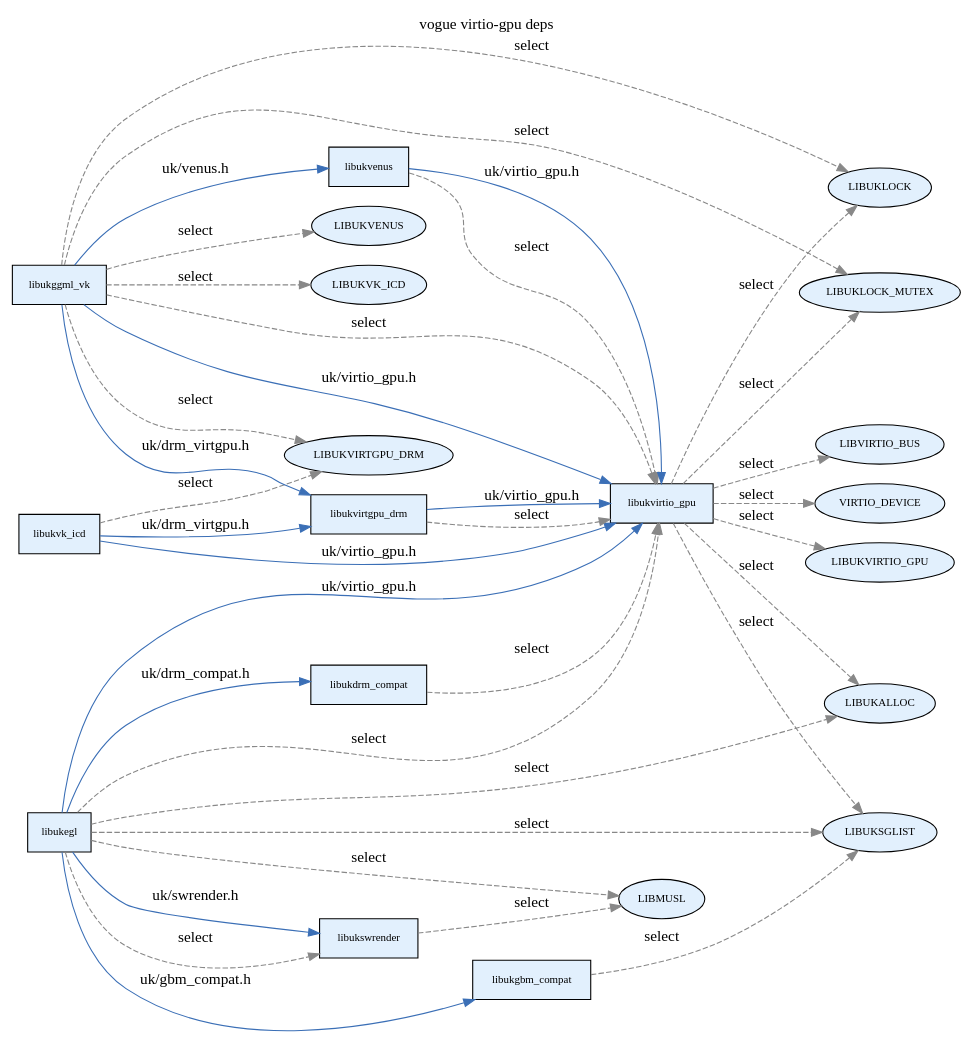
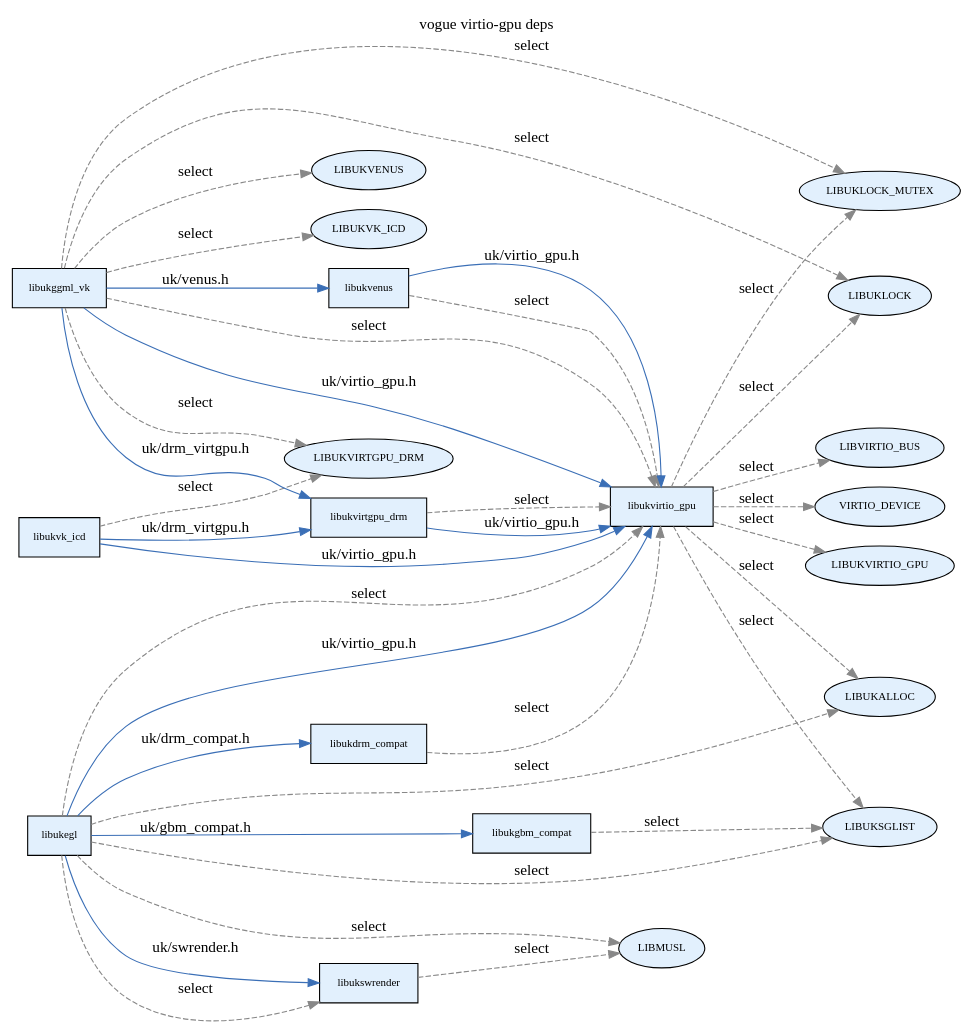
One commit to vm-final-project/virtio-gpu changed the diagram in results/depgraph/vogue.dot. Above: the diagram before and after it, drawn with Graphviz. The commit also changed other lines of this file and 8 other files, not shown here.

```diff
--- a/results/depgraph/vogue.dot
+++ b/results/depgraph/vogue.dot
@@ -1,60 +1,60 @@
 digraph "vogue virtio-gpu deps" {
   rankdir=LR;
   node [fontsize=10];
   label="vogue virtio-gpu deps"; labelloc=t; fontsize=14;
+  "vogue:ext:LIBUKALLOC" [label="LIBUKALLOC",shape=ellipse,style=filled,fillcolor="#e2f0fd"];
+  "vogue:ext:LIBUKVIRTGPU_DRM" [label="LIBUKVIRTGPU_DRM",shape=ellipse,style=filled,fillcolor="#e2f0fd"];
+  "vogue:libukegl" [label="libukegl",shape=box,style=filled,fillcolor="#e2f0fd"];
   "vogue:libukvirtio_gpu" [label="libukvirtio_gpu",shape=box,style=filled,fillcolor="#e2f0fd"];
+  "vogue:ext:LIBUKLOCK" [label="LIBUKLOCK",shape=ellipse,style=filled,fillcolor="#e2f0fd"];
+  "vogue:libukgbm_compat" [label="libukgbm_compat",shape=box,style=filled,fillcolor="#e2f0fd"];
+  "vogue:ext:LIBVIRTIO_BUS" [label="LIBVIRTIO_BUS",shape=ellipse,style=filled,fillcolor="#e2f0fd"];
+  "vogue:libukvirtgpu_drm" [label="libukvirtgpu_drm",shape=box,style=filled,fillcolor="#e2f0fd"];
+  "vogue:ext:VIRTIO_DEVICE" [label="VIRTIO_DEVICE",shape=ellipse,style=filled,fillcolor="#e2f0fd"];
+  "vogue:libukvk_icd" [label="libukvk_icd",shape=box,style=filled,fillcolor="#e2f0fd"];
+  "vogue:libukvenus" [label="libukvenus",shape=box,style=filled,fillcolor="#e2f0fd"];
+  "vogue:ext:LIBUKSGLIST" [label="LIBUKSGLIST",shape=ellipse,style=filled,fillcolor="#e2f0fd"];
   "vogue:ext:LIBMUSL" [label="LIBMUSL",shape=ellipse,style=filled,fillcolor="#e2f0fd"];
-  "vogue:libukgbm_compat" [label="libukgbm_compat",shape=box,style=filled,fillcolor="#e2f0fd"];
+  "vogue:ext:LIBUKVENUS" [label="LIBUKVENUS",shape=ellipse,style=filled,fillcolor="#e2f0fd"];
+  "vogue:ext:LIBUKVIRTIO_GPU" [label="LIBUKVIRTIO_GPU",shape=ellipse,style=filled,fillcolor="#e2f0fd"];
+  "vogue:libukswrender" [label="libukswrender",shape=box,style=filled,fillcolor="#e2f0fd"];
+  "vogue:libukggml_vk" [label="libukggml_vk",shape=box,style=filled,fillcolor="#e2f0fd"];
   "vogue:libukdrm_compat" [label="libukdrm_compat",shape=box,style=filled,fillcolor="#e2f0fd"];
-  "vogue:libukvk_icd" [label="libukvk_icd",shape=box,style=filled,fillcolor="#e2f0fd"];
-  "vogue:libukvirtgpu_drm" [label="libukvirtgpu_drm",shape=box,style=filled,fillcolor="#e2f0fd"];
-  "vogue:ext:LIBUKVENUS" [label="LIBUKVENUS",shape=ellipse,style=filled,fillcolor="#e2f0fd"];
-  "vogue:libukvenus" [label="libukvenus",shape=box,style=filled,fillcolor="#e2f0fd"];
+  "vogue:ext:LIBUKVK_ICD" [label="LIBUKVK_ICD",shape=ellipse,style=filled,fillcolor="#e2f0fd"];
   "vogue:ext:LIBUKLOCK_MUTEX" [label="LIBUKLOCK_MUTEX",shape=ellipse,style=filled,fillcolor="#e2f0fd"];
-  "vogue:ext:LIBUKLOCK" [label="LIBUKLOCK",shape=ellipse,style=filled,fillcolor="#e2f0fd"];
-  "vogue:libukggml_vk" [label="libukggml_vk",shape=box,style=filled,fillcolor="#e2f0fd"];
-  "vogue:ext:LIBUKSGLIST" [label="LIBUKSGLIST",shape=ellipse,style=filled,fillcolor="#e2f0fd"];
-  "vogue:libukegl" [label="libukegl",shape=box,style=filled,fillcolor="#e2f0fd"];
-  "vogue:ext:LIBUKALLOC" [label="LIBUKALLOC",shape=ellipse,style=filled,fillcolor="#e2f0fd"];
-  "vogue:ext:LIBUKVIRTIO_GPU" [label="LIBUKVIRTIO_GPU",shape=ellipse,style=filled,fillcolor="#e2f0fd"];
-  "vogue:ext:LIBUKVK_ICD" [label="LIBUKVK_ICD",shape=ellipse,style=filled,fillcolor="#e2f0fd"];
-  "vogue:ext:LIBUKVIRTGPU_DRM" [label="LIBUKVIRTGPU_DRM",shape=ellipse,style=filled,fillcolor="#e2f0fd"];
-  "vogue:libukswrender" [label="libukswrender",shape=box,style=filled,fillcolor="#e2f0fd"];
-  "vogue:ext:LIBVIRTIO_BUS" [label="LIBVIRTIO_BUS",shape=ellipse,style=filled,fillcolor="#e2f0fd"];
-  "vogue:ext:VIRTIO_DEVICE" [label="VIRTIO_DEVICE",shape=ellipse,style=filled,fillcolor="#e2f0fd"];
   "vogue:libukdrm_compat" -> "vogue:libukvirtio_gpu" [style=dashed,color="#888888",label="select"];
   "vogue:libukegl" -> "vogue:libukvirtio_gpu" [style=dashed,color="#888888",label="select"];
   "vogue:libukegl" -> "vogue:ext:LIBUKSGLIST" [style=dashed,color="#888888",label="select"];
   "vogue:libukegl" -> "vogue:ext:LIBUKALLOC" [style=dashed,color="#888888",label="select"];
   "vogue:libukegl" -> "vogue:libukswrender" [style=dashed,color="#888888",label="select"];
   "vogue:libukegl" -> "vogue:ext:LIBMUSL" [style=dashed,color="#888888",label="select"];
   "vogue:libukgbm_compat" -> "vogue:ext:LIBUKSGLIST" [style=dashed,color="#888888",label="select"];
   "vogue:libukggml_vk" -> "vogue:ext:LIBUKVENUS" [style=dashed,color="#888888",label="select"];
   "vogue:libukggml_vk" -> "vogue:libukvirtio_gpu" [style=dashed,color="#888888",label="select"];
   "vogue:libukggml_vk" -> "vogue:ext:LIBUKVIRTGPU_DRM" [style=dashed,color="#888888",label="select"];
   "vogue:libukggml_vk" -> "vogue:ext:LIBUKVK_ICD" [style=dashed,color="#888888",label="select"];
   "vogue:libukggml_vk" -> "vogue:ext:LIBUKLOCK" [style=dashed,color="#888888",label="select"];
   "vogue:libukggml_vk" -> "vogue:ext:LIBUKLOCK_MUTEX" [style=dashed,color="#888888",label="select"];
   "vogue:libukswrender" -> "vogue:ext:LIBMUSL" [style=dashed,color="#888888",label="select"];
   "vogue:libukvenus" -> "vogue:libukvirtio_gpu" [style=dashed,color="#888888",label="select"];
   "vogue:libukvirtgpu_drm" -> "vogue:libukvirtio_gpu" [style=dashed,color="#888888",label="select"];
   "vogue:libukvirtio_gpu" -> "vogue:ext:LIBUKVIRTIO_GPU" [style=dashed,color="#888888",label="select"];
   "vogue:libukvirtio_gpu" -> "vogue:ext:VIRTIO_DEVICE" [style=dashed,color="#888888",label="select"];
   "vogue:libukvirtio_gpu" -> "vogue:ext:LIBVIRTIO_BUS" [style=dashed,color="#888888",label="select"];
   "vogue:libukvirtio_gpu" -> "vogue:ext:LIBUKSGLIST" [style=dashed,color="#888888",label="select"];
   "vogue:libukvirtio_gpu" -> "vogue:ext:LIBUKALLOC" [style=dashed,color="#888888",label="select"];
   "vogue:libukvirtio_gpu" -> "vogue:ext:LIBUKLOCK" [style=dashed,color="#888888",label="select"];
   "vogue:libukvirtio_gpu" -> "vogue:ext:LIBUKLOCK_MUTEX" [style=dashed,color="#888888",label="select"];
   "vogue:libukvk_icd" -> "vogue:ext:LIBUKVIRTGPU_DRM" [style=dashed,color="#888888",label="select"];
   "vogue:libukegl" -> "vogue:libukgbm_compat" [color="#3b6fb6",label="uk/gbm_compat.h"];
   "vogue:libukegl" -> "vogue:libukvirtio_gpu" [color="#3b6fb6",label="uk/virtio_gpu.h"];
   "vogue:libukegl" -> "vogue:libukswrender" [color="#3b6fb6",label="uk/swrender.h"];
   "vogue:libukegl" -> "vogue:libukdrm_compat" [color="#3b6fb6",label="uk/drm_compat.h"];
   "vogue:libukggml_vk" -> "vogue:libukvirtio_gpu" [color="#3b6fb6",label="uk/virtio_gpu.h"];
   "vogue:libukggml_vk" -> "vogue:libukvirtgpu_drm" [color="#3b6fb6",label="uk/drm_virtgpu.h"];
   "vogue:libukggml_vk" -> "vogue:libukvenus" [color="#3b6fb6",label="uk/venus.h"];
   "vogue:libukvenus" -> "vogue:libukvirtio_gpu" [color="#3b6fb6",label="uk/virtio_gpu.h"];
   "vogue:libukvirtgpu_drm" -> "vogue:libukvirtio_gpu" [color="#3b6fb6",label="uk/virtio_gpu.h"];
   "vogue:libukvk_icd" -> "vogue:libukvirtgpu_drm" [color="#3b6fb6",label="uk/drm_virtgpu.h"];
   "vogue:libukvk_icd" -> "vogue:libukvirtio_gpu" [color="#3b6fb6",label="uk/virtio_gpu.h"];
 }
```
